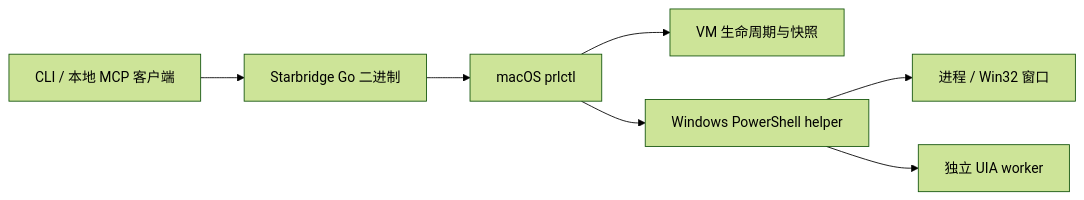
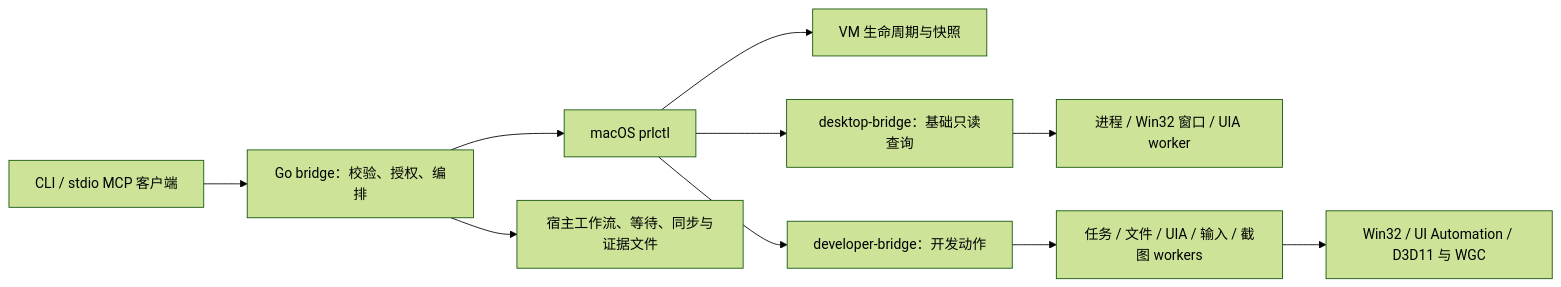
One commit to soulteary/starbridge changed the diagram in docs/ARCHITECTURE.md. Above: the diagram before and after it, drawn with Mermaid (forest theme). The commit also changed other lines of this file and 22 other files, not shown here.

Commit message:
docs: refresh guides for current desktop and developer features

````diff
--- a/docs/ARCHITECTURE.md
+++ b/docs/ARCHITECTURE.md
@@ -7,9 +7,12 @@
 ```mermaid
 flowchart LR
-    A[CLI / 本地 MCP 客户端] --> B[Starbridge Go 二进制]
+    A[CLI / stdio MCP 客户端] --> B[Go bridge：校验、授权、编排]
     B --> C[macOS prlctl]
     C --> D[VM 生命周期与快照]
-    C --> E[Windows PowerShell helper]
-    E --> F[进程 / Win32 窗口]
-    E --> G[独立 UIA worker]
+    C --> E[desktop-bridge：基础只读查询]
+    C --> F[developer-bridge：开发动作]
+    E --> G[进程 / Win32 窗口 / UIA worker]
+    F --> H[任务 / 文件 / UIA / 输入 / 截图 workers]
+    H --> I[Win32 / UI Automation / D3D11 与 WGC]
+    B --> J[宿主工作流、等待、同步与证据文件]
 ```
````
